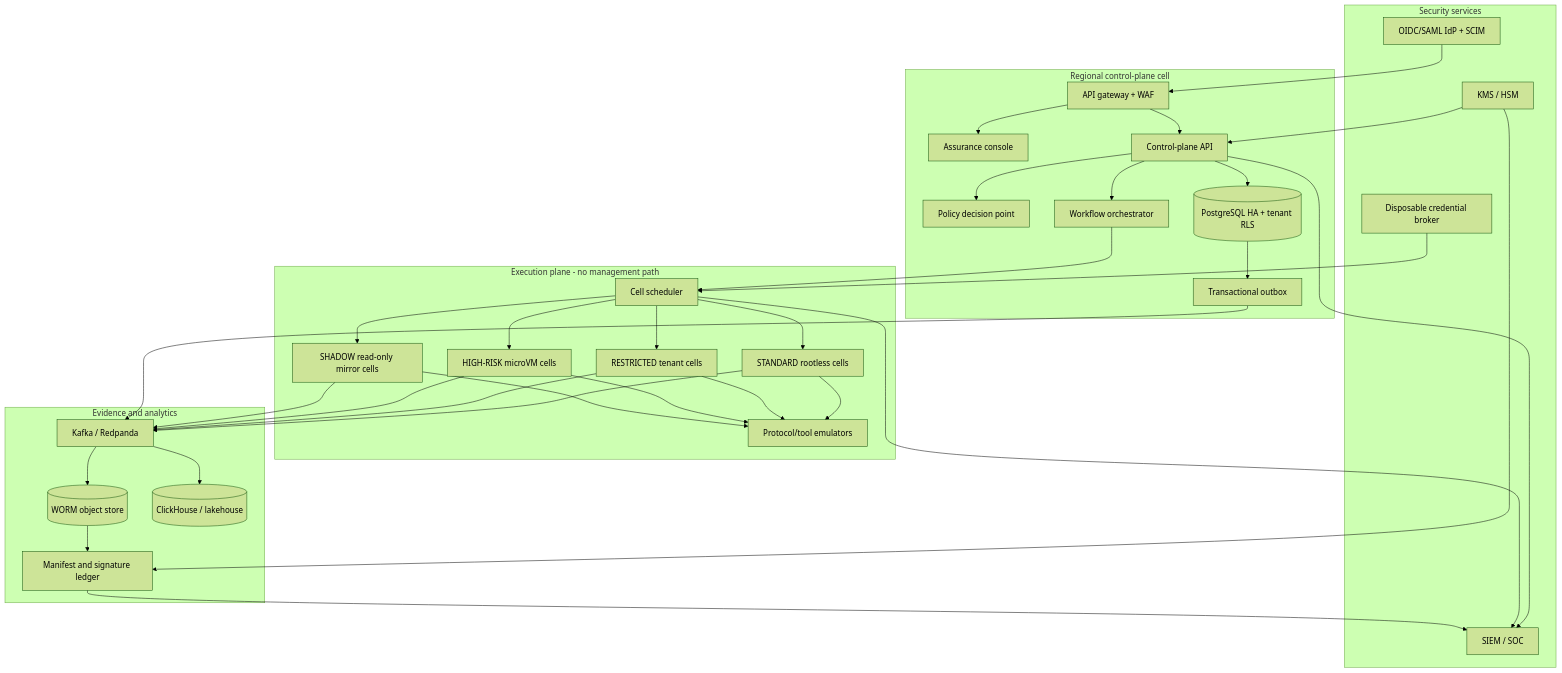
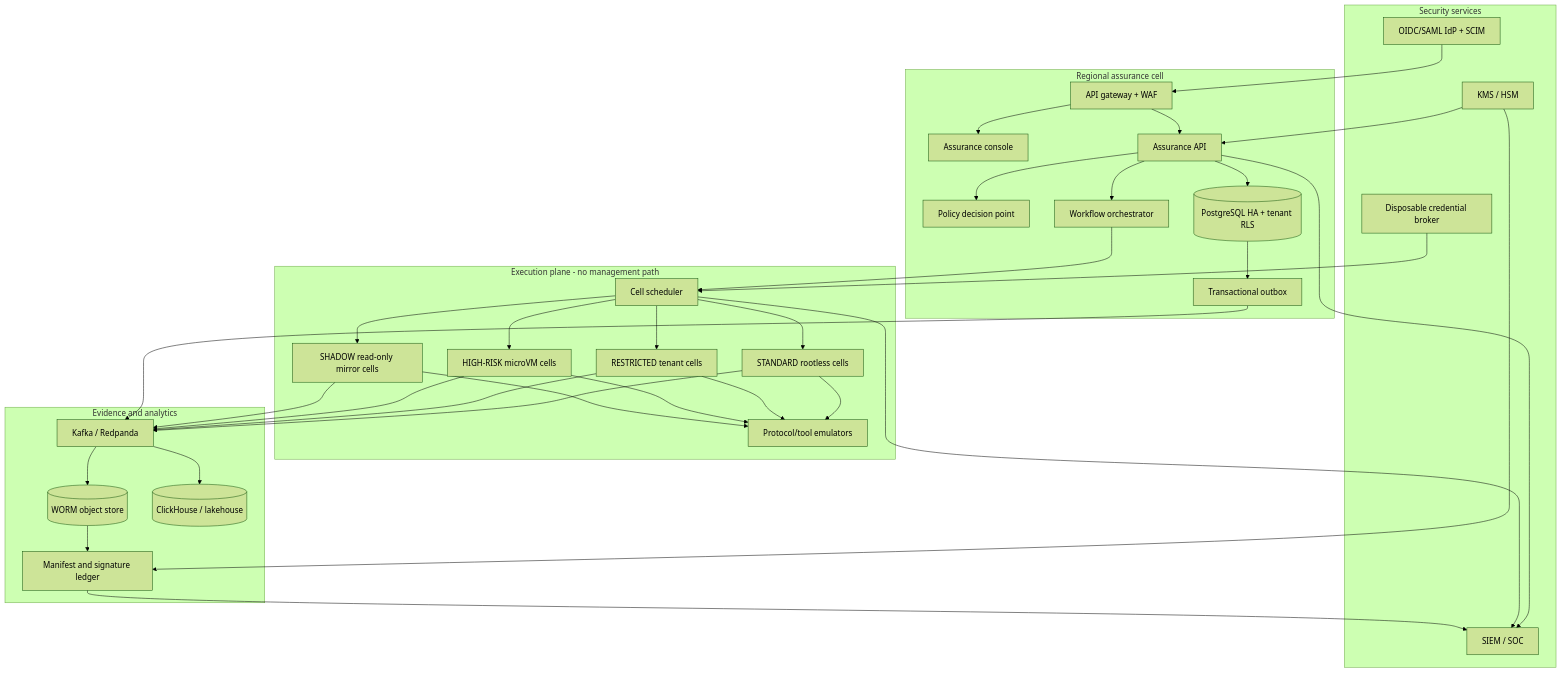
The second of 4 diagrams in docs/architecture.md (mlmrx/enterprise-agent-simulation-assurance-platform), drawn with Mermaid (forest theme) before and after one commit. The commit also changed other lines of this file and 7 other files, not shown here.

````diff
--- a/docs/architecture.md
+++ b/docs/architecture.md
@@ -71,66 +71,66 @@
 ```mermaid
 flowchart TB
-  subgraph Edge["Regional control-plane cell"]
+  subgraph Edge["Regional assurance cell"]
     Gateway["API gateway + WAF"]
     Console["Assurance console"]
-    API["Control-plane API"]
+    API["Assurance API"]
     Policy["Policy decision point"]
     Orchestrator["Workflow orchestrator"]
     Postgres[("PostgreSQL HA + tenant RLS")]
     Outbox["Transactional outbox"]
   end
 
   subgraph Execution["Execution plane - no management path"]
     Scheduler["Cell scheduler"]
     Standard["STANDARD rootless cells"]
     Restricted["RESTRICTED tenant cells"]
     HighRisk["HIGH-RISK microVM cells"]
     Shadow["SHADOW read-only mirror cells"]
     Emulators["Protocol/tool emulators"]
   end
 
   subgraph Data["Evidence and analytics"]
     Bus["Kafka / Redpanda"]
     WORM[("WORM object store")]
     Analytics[("ClickHouse / lakehouse")]
     Ledger["Manifest and signature ledger"]
   end
 
   subgraph Security["Security services"]
     IdP["OIDC/SAML IdP + SCIM"]
     KMS["KMS / HSM"]
     Secrets["Disposable credential broker"]
     SIEM["SIEM / SOC"]
   end
 
   Gateway --> Console
   Gateway --> API
   IdP --> Gateway
   API --> Policy
   API --> Postgres
   API --> Orchestrator
   Postgres --> Outbox
   Outbox --> Bus
   Orchestrator --> Scheduler
   Scheduler --> Standard
   Scheduler --> Restricted
   Scheduler --> HighRisk
   Scheduler --> Shadow
   Standard --> Emulators
   Restricted --> Emulators
   HighRisk --> Emulators
   Shadow --> Emulators
   Secrets --> Scheduler
   KMS --> API
   KMS --> Ledger
   Standard --> Bus
   Restricted --> Bus
   HighRisk --> Bus
   Shadow --> Bus
   Bus --> WORM
   Bus --> Analytics
   WORM --> Ledger
   API --> SIEM
   Scheduler --> SIEM
   Ledger --> SIEM
 ```
````
